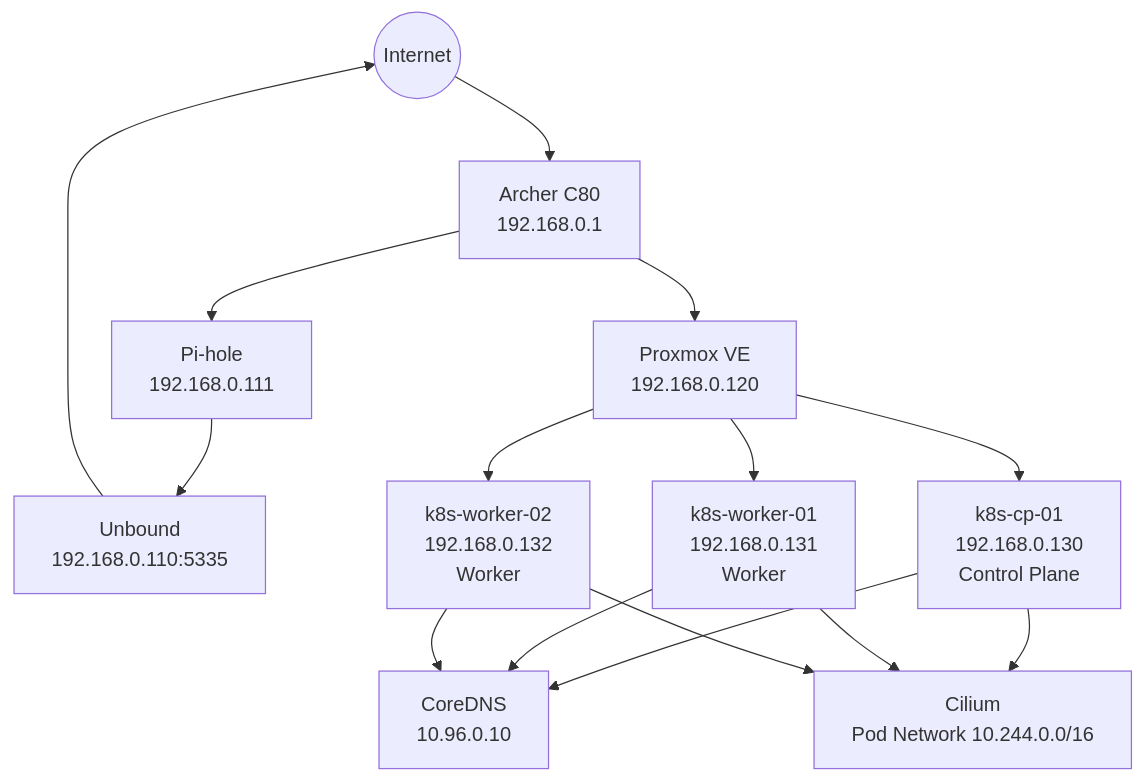
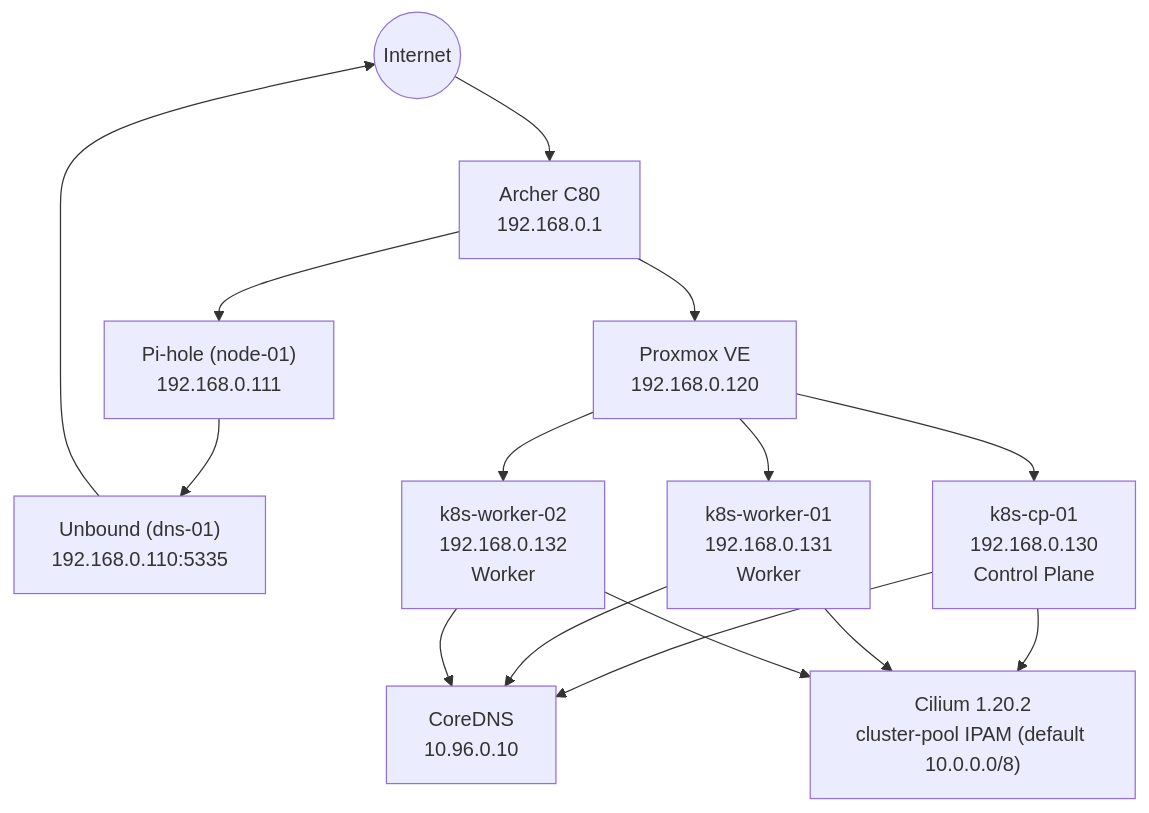
One commit to adenntumba/enterprise-platform-lab changed the first of 4 diagrams in docs/diagrams/kubernetes-platform.md. Above: the diagram before and after it, drawn with Mermaid. The commit also changed other lines of this file and 12 other files, not shown here.

First line of the commit message:
docs(architecture): align Kubernetes architecture and ADRs with implementation

````diff
--- a/docs/diagrams/kubernetes-platform.md
+++ b/docs/diagrams/kubernetes-platform.md
@@ -5,34 +5,34 @@
 ```mermaid
 flowchart TB
     Internet((Internet))
 
     Router["Archer C80<br/>192.168.0.1"]
-    PiHole["Pi-hole<br/>192.168.0.111"]
-    Unbound["Unbound<br/>192.168.0.110:5335"]
+    PiHole["Pi-hole (node-01)<br/>192.168.0.111"]
+    Unbound["Unbound (dns-01)<br/>192.168.0.110:5335"]
     Proxmox["Proxmox VE<br/>192.168.0.120"]
 
     CP["k8s-cp-01<br/>192.168.0.130<br/>Control Plane"]
     W1["k8s-worker-01<br/>192.168.0.131<br/>Worker"]
     W2["k8s-worker-02<br/>192.168.0.132<br/>Worker"]
 
     CoreDNS["CoreDNS<br/>10.96.0.10"]
-    Cilium["Cilium<br/>Pod Network 10.244.0.0/16"]
+    Cilium["Cilium 1.20.2<br/>cluster-pool IPAM (default 10.0.0.0/8)"]
 
     Internet --> Router
     Router --> PiHole
     PiHole --> Unbound
     Unbound --> Internet
 
     Router --> Proxmox
     Proxmox --> CP
     Proxmox --> W1
     Proxmox --> W2
 
     CP --> CoreDNS
     W1 --> CoreDNS
     W2 --> CoreDNS
 
     CP --> Cilium
     W1 --> Cilium
     W2 --> Cilium
 ```
````
